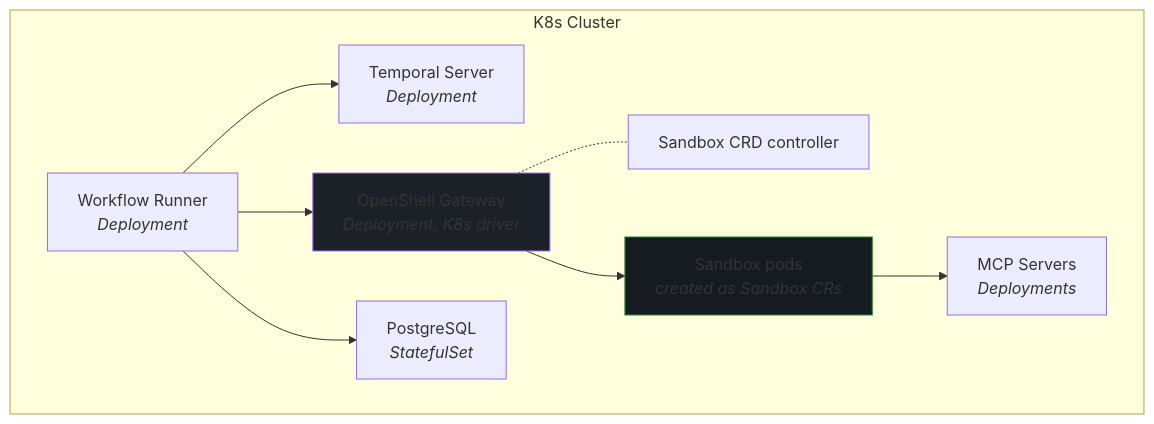
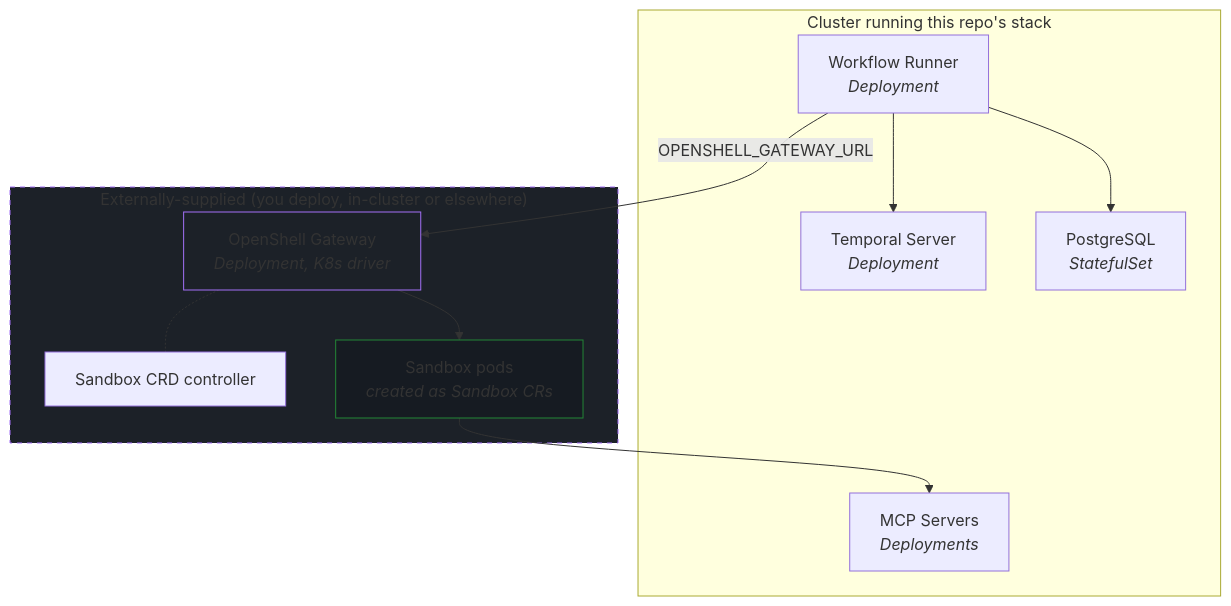
The third of 6 diagrams in docs/architecture-with-openshell.md (jameswnl/lightspeed-cloud-agents), drawn with Mermaid before and after one commit. The commit also changed other lines of this file, not shown here.

````diff
--- a/docs/architecture-with-openshell.md
+++ b/docs/architecture-with-openshell.md
@@ -114,21 +126,25 @@
 ```mermaid
 graph TD
-    subgraph cluster["K8s Cluster"]
+    subgraph cluster["Cluster running this repo's stack"]
         TS["Temporal Server<br/><i>Deployment</i>"]
         PG["PostgreSQL<br/><i>StatefulSet</i>"]
         WR["Workflow Runner<br/><i>Deployment</i>"]
+        MCP["MCP Servers<br/><i>Deployments</i>"]
+    end
+
+    subgraph external["Externally-supplied (you deploy, in-cluster or elsewhere)"]
         GW["OpenShell Gateway<br/><i>Deployment, K8s driver</i>"]
         GW -.- CRD["Sandbox CRD controller"]
-        MCP["MCP Servers<br/><i>Deployments</i>"]
         SB["Sandbox pods<br/><i>created as Sandbox CRs</i>"]
     end
 
     WR --> TS
     WR --> PG
-    WR --> GW
+    WR -- "OPENSHELL_GATEWAY_URL" --> GW
     GW --> SB
     SB --> MCP
 
+    style external fill:#1c2128,stroke:#a371f7,stroke-dasharray: 5 5
     style GW fill:#1c2128,stroke:#a371f7
     style SB fill:#161b22,stroke:#238636
 ```
````
